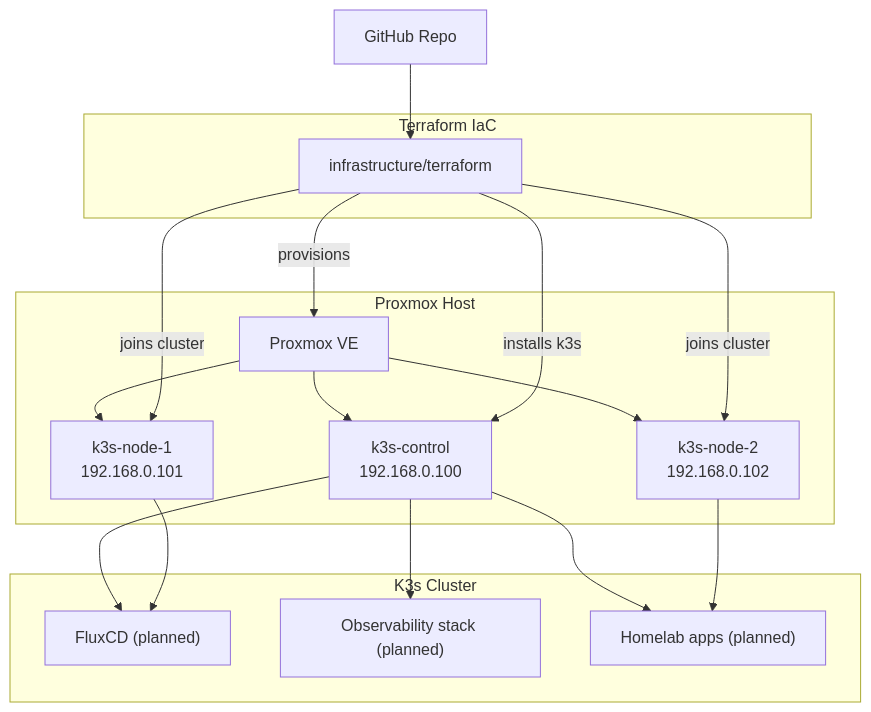
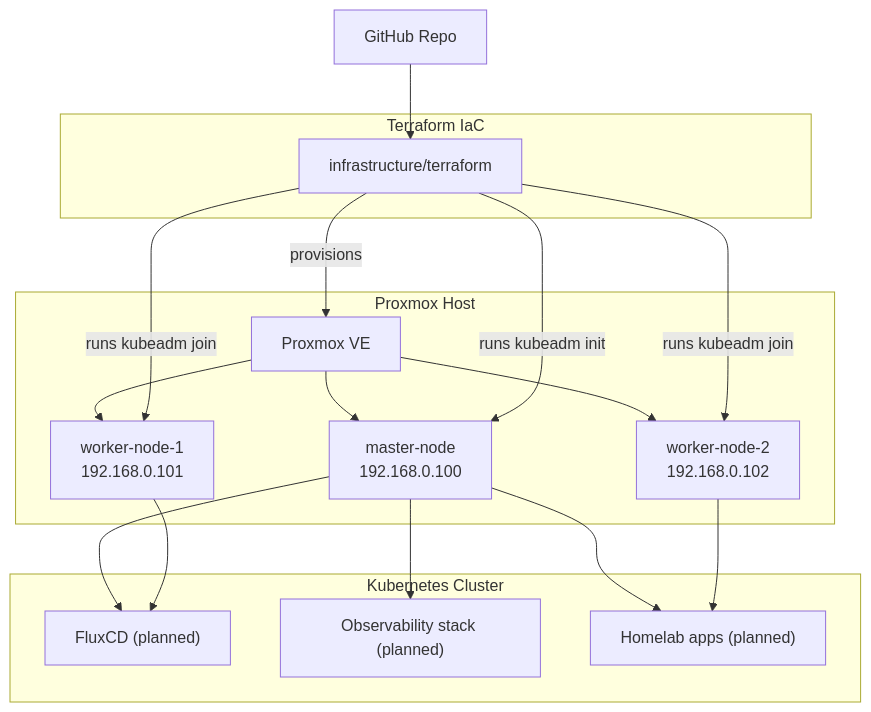
Before and after one commit to mppan821/homelab: the diagram in README.md, drawn with Mermaid. The commit also changed other lines of this file and 29 other files, not shown here.

````diff
--- a/README.md
+++ b/README.md
@@ -28,33 +28,33 @@
 ```mermaid
 graph TD
     subgraph "Proxmox Host"
         Proxmox["Proxmox VE"]
-        VMControl["k3s-control\n192.168.0.100"]
-        VMWorker1["k3s-node-1\n192.168.0.101"]
-        VMWorker2["k3s-node-2\n192.168.0.102"]
+        VMControl["master-node\n192.168.0.100"]
+        VMWorker1["worker-node-1\n192.168.0.101"]
+        VMWorker2["worker-node-2\n192.168.0.102"]
         Proxmox --> VMControl
         Proxmox --> VMWorker1
         Proxmox --> VMWorker2
     end
 
     subgraph "Terraform IaC"
         TF["infrastructure/terraform"]
         TF -->|provisions| Proxmox
-        TF -->|installs k3s| VMControl
-        TF -->|joins cluster| VMWorker1
-        TF -->|joins cluster| VMWorker2
+        TF -->|runs kubeadm init| VMControl
+        TF -->|runs kubeadm join| VMWorker1
+        TF -->|runs kubeadm join| VMWorker2
     end
 
-    subgraph "K3s Cluster"
+    subgraph "Kubernetes Cluster"
         Flux["FluxCD (planned)"]
         Monitoring["Observability stack (planned)"]
         Apps["Homelab apps (planned)"]
         VMControl --> Flux
         VMControl --> Monitoring
         VMControl --> Apps
         VMWorker1 --> Flux
         VMWorker2 --> Apps
     end
 
     GitHub["GitHub Repo"] --> TF
 ```
````
